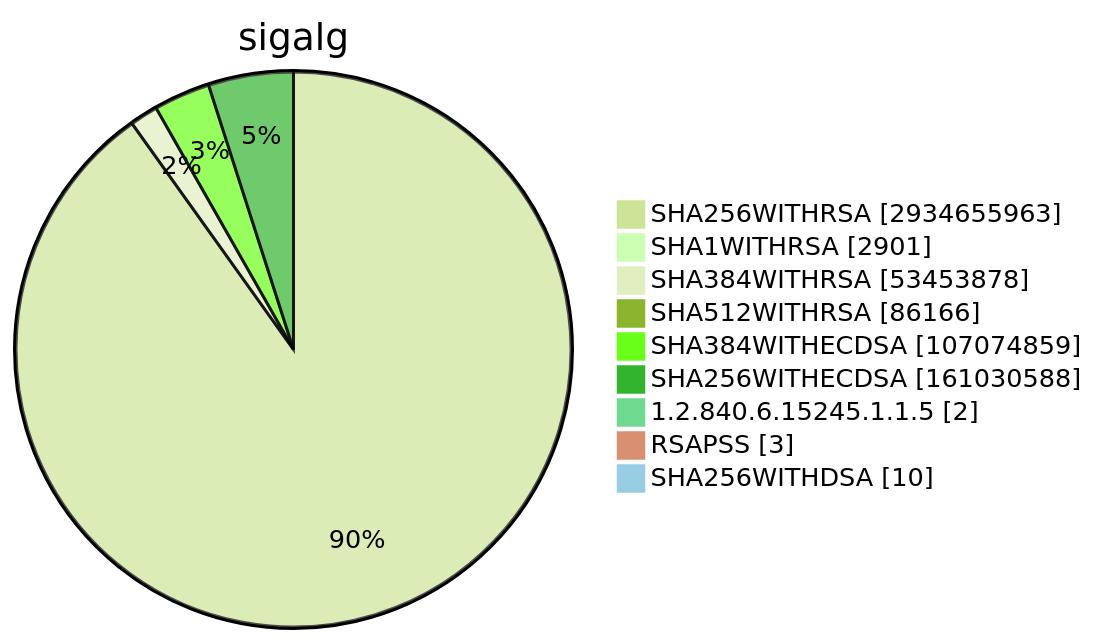
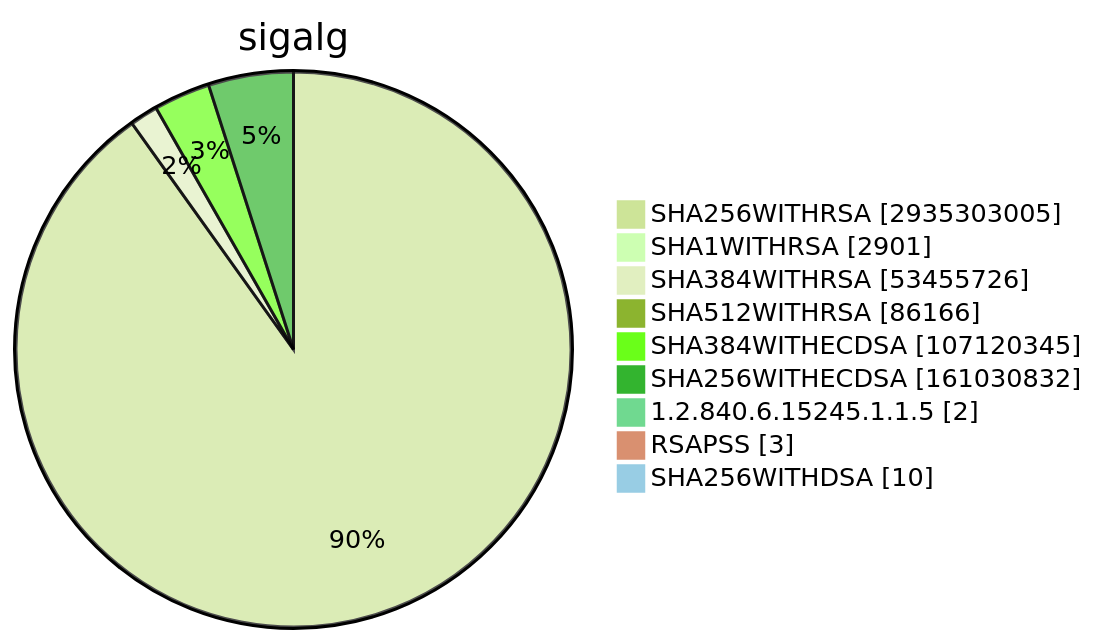
One commit to christiankrug/ctmonitor_visualization changed diagram 15 of 15 in TOTAL/README.md. Above: the diagram before and after it, drawn with Mermaid (forest theme). The commit also changed other lines of this file, not shown here.

````diff
--- a/TOTAL/README.md
+++ b/TOTAL/README.md
@@ -6207,13 +6207,13 @@
 ```mermaid
 pie showData
 title sigalg
-"SHA256WITHRSA" :2934655963
+"SHA256WITHRSA" :2935303005
 "SHA1WITHRSA" :2901
-"SHA384WITHRSA" :53453878
+"SHA384WITHRSA" :53455726
 "SHA512WITHRSA" :86166
-"SHA384WITHECDSA" :107074859
-"SHA256WITHECDSA" :161030588
+"SHA384WITHECDSA" :107120345
+"SHA256WITHECDSA" :161030832
 "1.2.840.6.15245.1.1.5" :2
 "RSAPSS" :3
 "SHA256WITHDSA" :10
 ```
````
